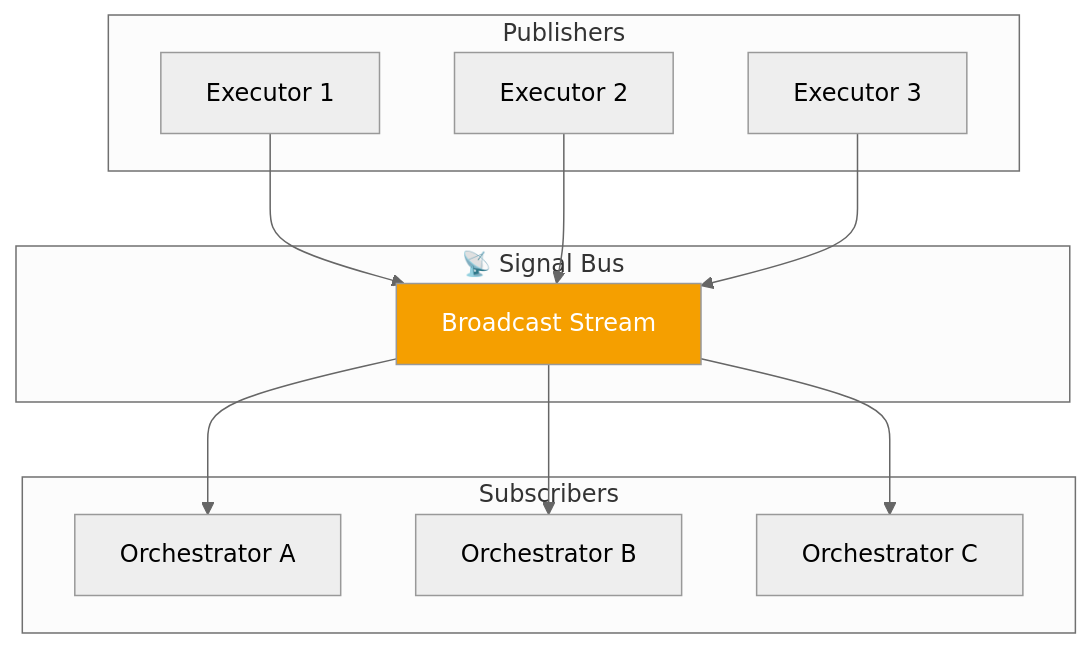
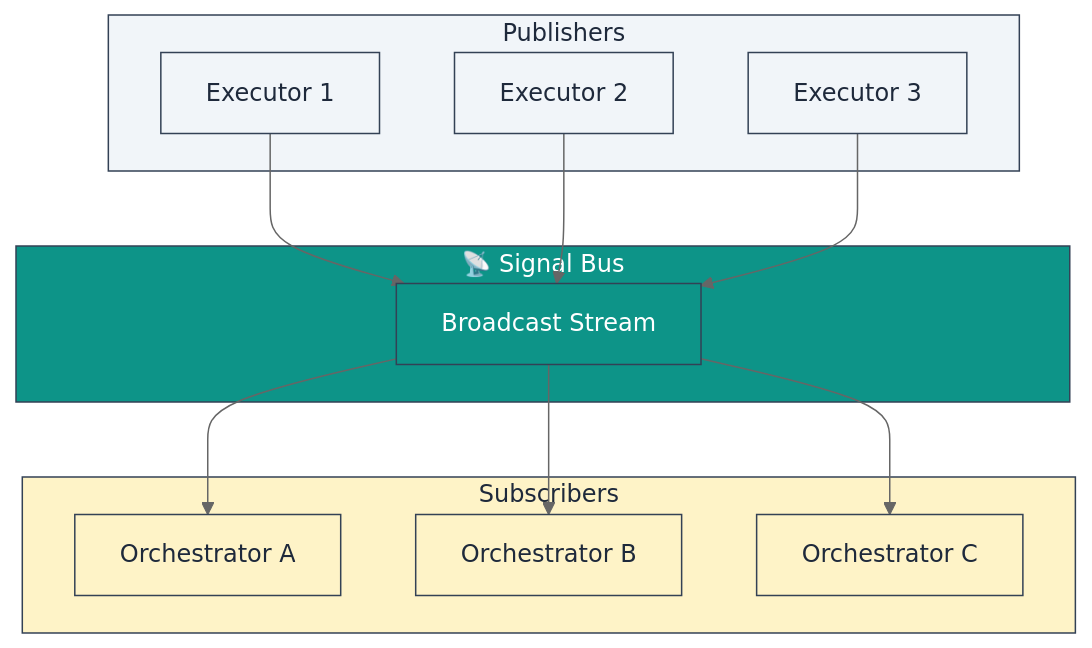
Before and after one commit to lploc94/flutter_orchestrator: the tenth of 13 diagrams in book/vi/chapters/03_core_implementation.md, drawn with Mermaid (neutral theme). The commit also changed other lines of this file and 3 other files, not shown here.

````diff
--- a/book/vi/chapters/03_core_implementation.md
+++ b/book/vi/chapters/03_core_implementation.md
@@ -229,23 +269,32 @@
 ```mermaid
 graph TB
     subgraph Publishers["Publishers"]
         E1["Executor 1"]
         E2["Executor 2"]
         E3["Executor 3"]
     end
     
     subgraph Bus["📡 Signal Bus"]
         Stream["Broadcast Stream"]
     end
     
     subgraph Subscribers["Subscribers"]
         O1["Orchestrator A"]
         O2["Orchestrator B"]
         O3["Orchestrator C"]
     end
     
     E1 & E2 & E3 --> Stream
     Stream --> O1 & O2 & O3
     
-    style Stream fill:#f59f00,color:#fff
+    style Publishers fill:#f1f5f9,stroke:#334155,color:#1e293b
+    style Bus fill:#0d9488,stroke:#334155,color:#ffffff
+    style Subscribers fill:#fef3c7,stroke:#334155,color:#1e293b
+    style Stream fill:#0d9488,stroke:#334155,color:#ffffff
+    style E1 fill:#f1f5f9,stroke:#334155,color:#1e293b
+    style E2 fill:#f1f5f9,stroke:#334155,color:#1e293b
+    style E3 fill:#f1f5f9,stroke:#334155,color:#1e293b
+    style O1 fill:#fef3c7,stroke:#334155,color:#1e293b
+    style O2 fill:#fef3c7,stroke:#334155,color:#1e293b
+    style O3 fill:#fef3c7,stroke:#334155,color:#1e293b
 ```
````
